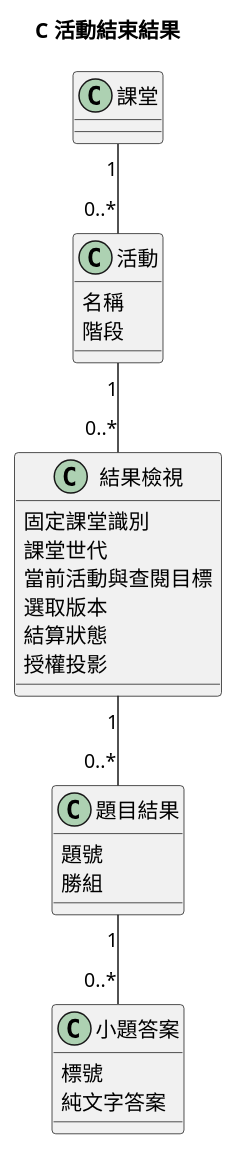
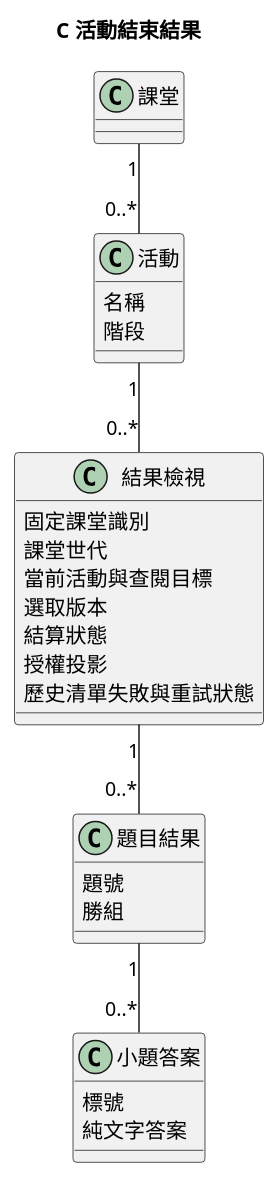
The diagram in diagrams/010-results-class.puml (Afra0704/se2026-group20-speckit), drawn with PlantUML before and after one commit. The commit also changed 41 other files, not shown here.

```diff
--- a/diagrams/010-results-class.puml
+++ b/diagrams/010-results-class.puml
@@ -1,28 +1,29 @@
 @startuml
 title C 活動結束結果
 class 課堂
 class 活動 {
   名稱
   階段
 }
 class 結果檢視 {
   固定課堂識別
   課堂世代
   當前活動與查閱目標
   選取版本
   結算狀態
   授權投影
+  歷史清單失敗與重試狀態
 }
 class 題目結果 {
   題號
   勝組
 }
 class 小題答案 {
   標號
   純文字答案
 }
 課堂 "1" -- "0..*" 活動
 活動 "1" -- "0..*" 結果檢視
 結果檢視 "1" -- "0..*" 題目結果
 題目結果 "1" -- "0..*" 小題答案
 @enduml
```
